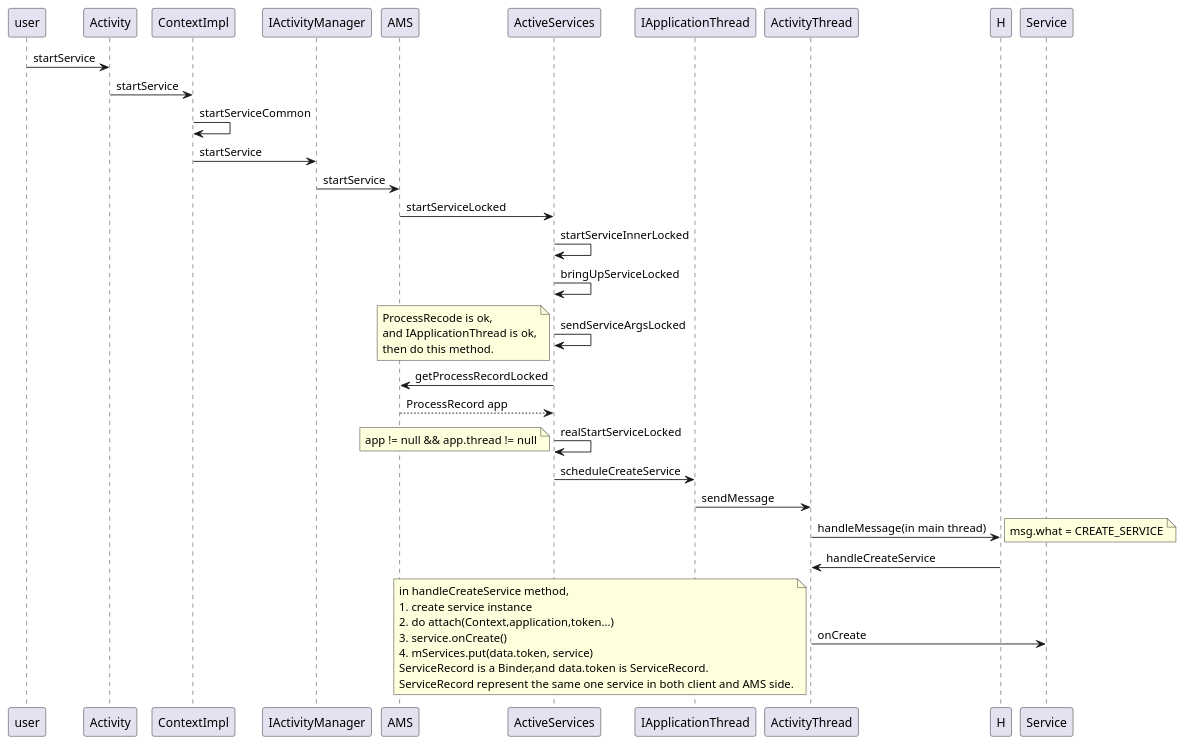
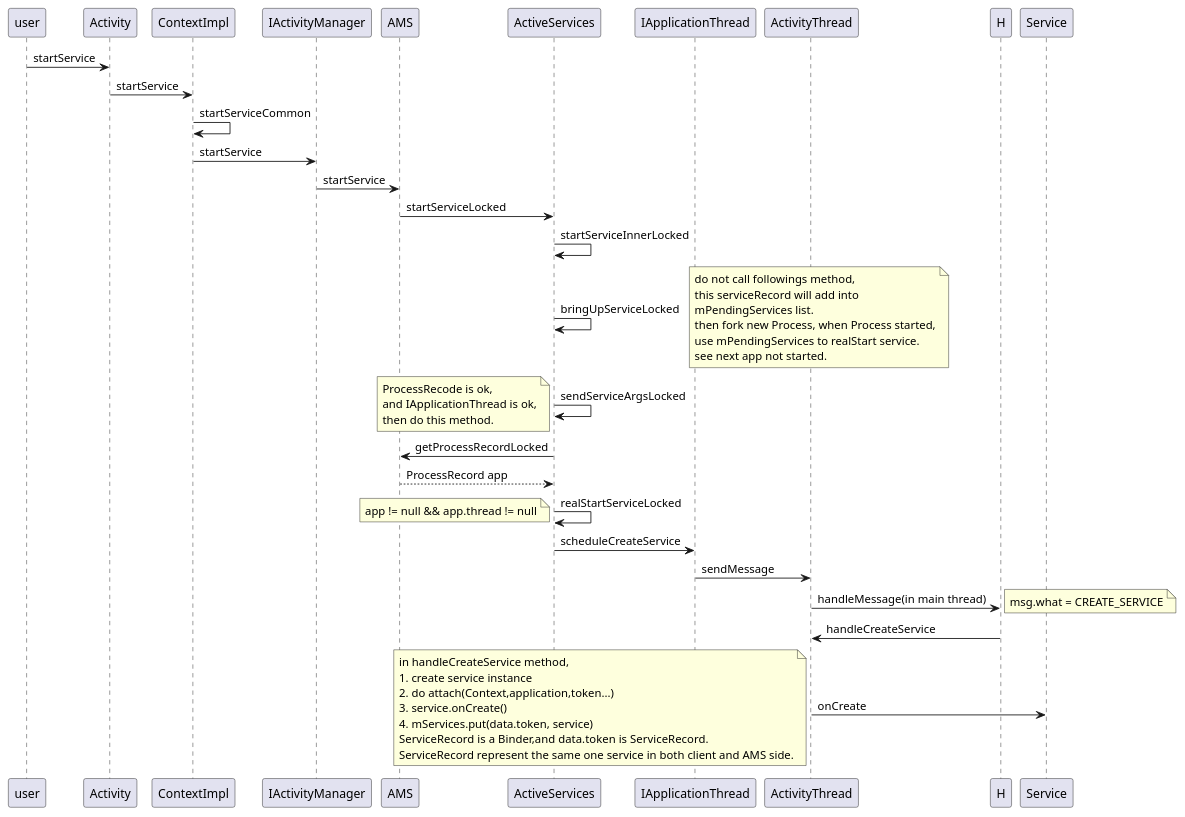
The diagram in docs/service的启动原理_应用进程已启_01.puml (KentTJ/ImoocRxJavaStudy), drawn with PlantUML before and after one commit. The commit also changed 1 other file, not shown here.

Commit message:
Service的启动流程流程图。

```diff
--- a/docs/service的启动原理_应用进程已启_01.puml
+++ b/docs/service的启动原理_应用进程已启_01.puml
@@ -1,41 +1,49 @@
 @startuml
 user -> Activity: startService
 Activity -> ContextImpl: startService
 ContextImpl -> ContextImpl: startServiceCommon
 ContextImpl -> IActivityManager: startService
 
 IActivityManager -> AMS: startService
 AMS -> ActiveServices: startServiceLocked
 ActiveServices -> ActiveServices: startServiceInnerLocked
 ActiveServices -> ActiveServices: bringUpServiceLocked
+note right
+do not call followings method,
+this serviceRecord will add into
+mPendingServices list.
+then fork new Process, when Process started,
+use mPendingServices to realStart service.
+see next app not started.
+end note
 ActiveServices -> ActiveServices: sendServiceArgsLocked
 note left
 ProcessRecode is ok,
 and IApplicationThread is ok,
 then do this method.
 end note
 ActiveServices -> AMS:getProcessRecordLocked
 AMS --> ActiveServices: ProcessRecord app
 ActiveServices -> ActiveServices: realStartServiceLocked
 note left: app != null && app.thread != null
 ActiveServices -> IApplicationThread: scheduleCreateService
 IApplicationThread -> ActivityThread: sendMessage
 ActivityThread -> H: handleMessage(in main thread)
 note right: msg.what = CREATE_SERVICE
 H -> ActivityThread: handleCreateService
 ActivityThread -> Service: onCreate
 note left
 in handleCreateService method,
 1. create service instance
 2. do attach(Context,application,token...)
 3. service.onCreate()
 4. mServices.put(data.token, service)
 ServiceRecord is a Binder,and data.token is ServiceRecord.
 ServiceRecord represent the same one service in both client and AMS side.
 end note
 
 
 
 
 
 @enduml
```
